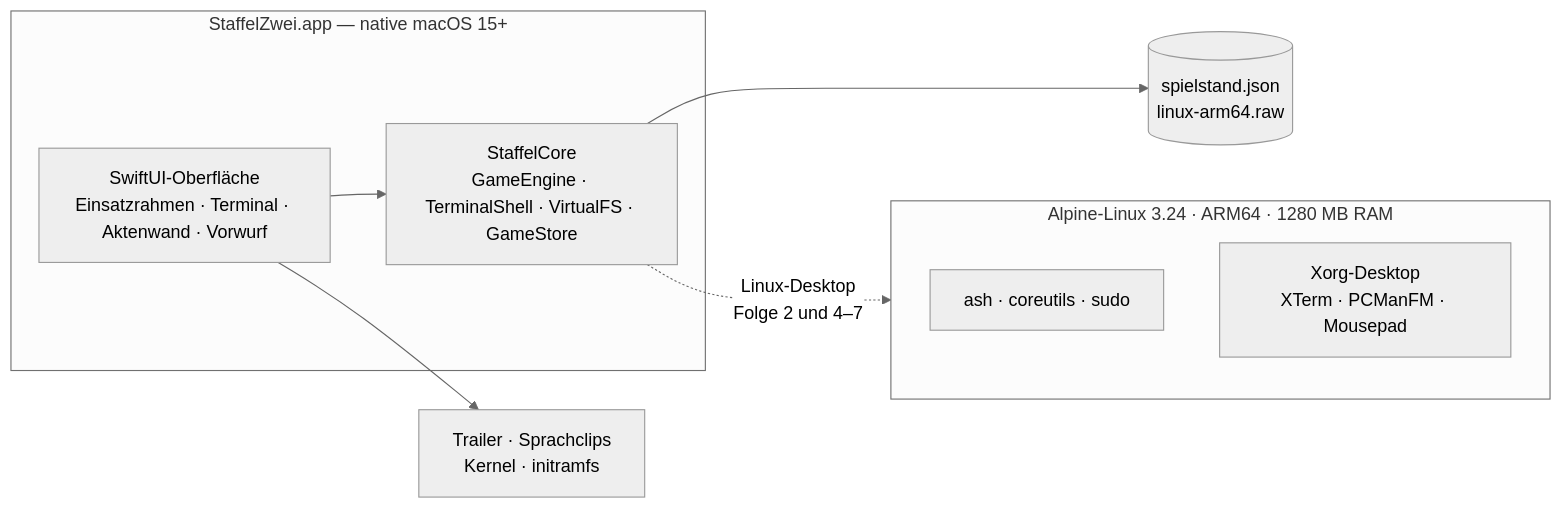
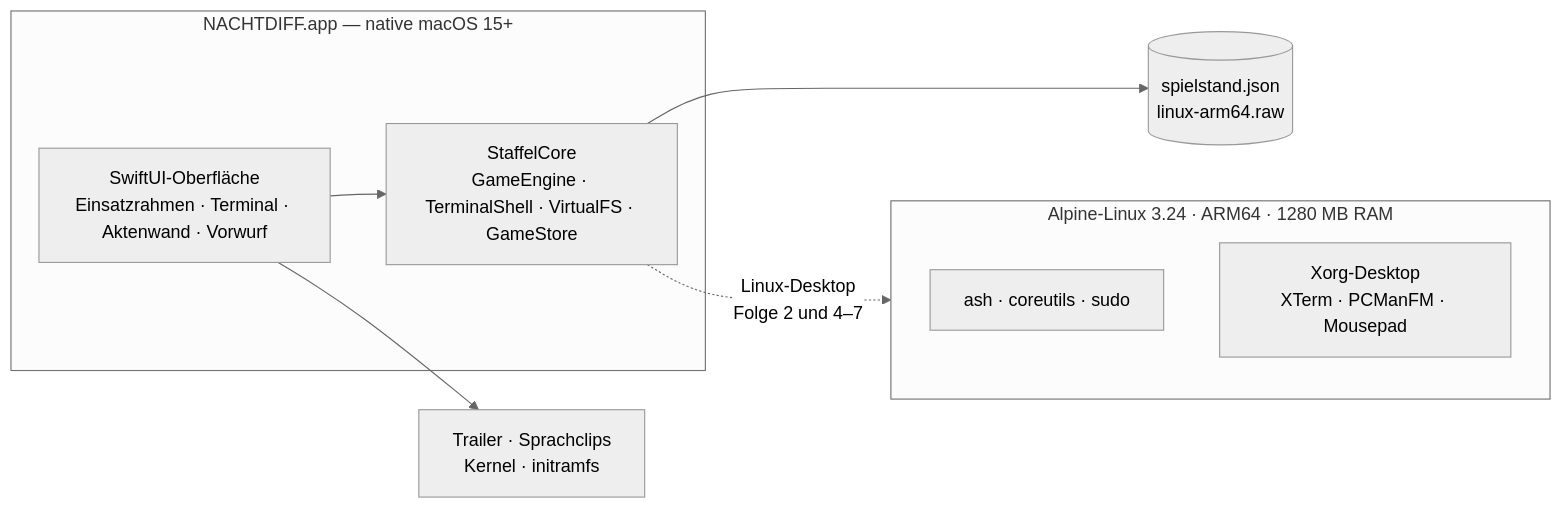
One commit to arn0ld87/Linux-Krimi-Mac changed the diagram in README.md. Above: the diagram before and after it, drawn with Mermaid (neutral theme). The commit also changed other lines of this file and 14 other files, not shown here.

````diff
--- a/README.md
+++ b/README.md
@@ -210,17 +208,17 @@
 ```mermaid
 flowchart LR
-  subgraph App["StaffelZwei.app — native macOS 15+"]
+  subgraph App["NACHTDIFF.app — native macOS 15+"]
     UI["SwiftUI-Oberfläche<br/>Einsatzrahmen · Terminal · Aktenwand · Vorwurf"]
     Core["StaffelCore<br/>GameEngine · TerminalShell · VirtualFS · GameStore"]
     UI --> Core
   end
   subgraph VM["Alpine-Linux 3.24 · ARM64 · 1280 MB RAM"]
     Kon["ash · coreutils · sudo"]
     Desk["Xorg-Desktop<br/>XTerm · PCManFM · Mousepad"]
   end
   Save[("spielstand.json<br/>linux-arm64.raw")]
   Medi["Trailer · Sprachclips<br/>Kernel · initramfs"]
   Core -.->|"Linux-Desktop<br/>Folge 2 und 4–7"| VM
   Core --> Save
   UI --> Medi
 ```
````
